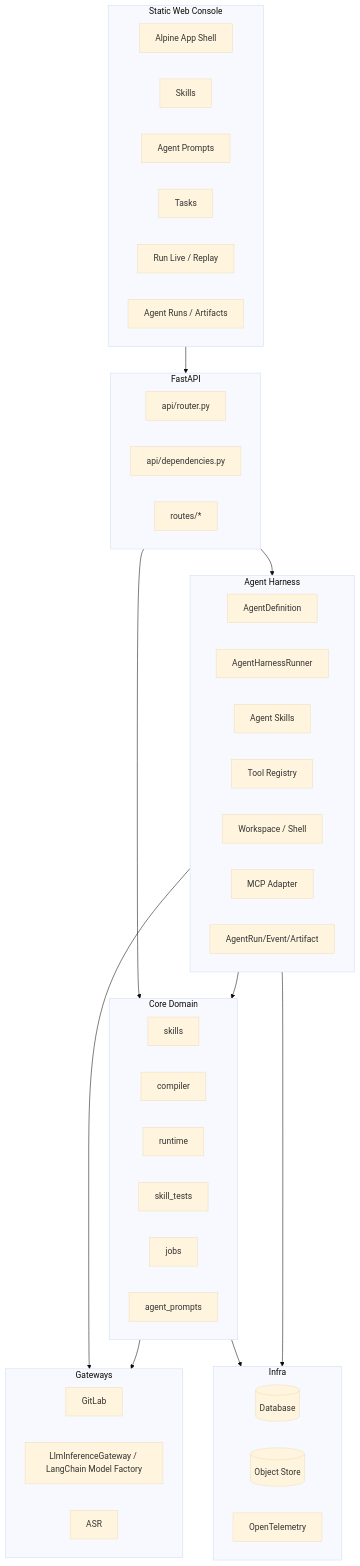
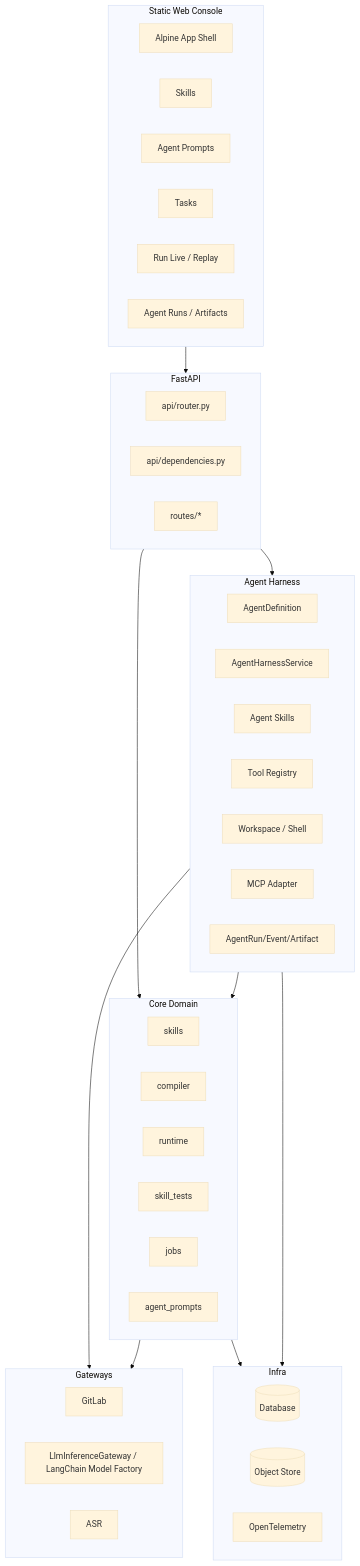
The diagram in docs/architecture/system-architecture.md (servforce/psop), drawn with Mermaid (base theme) before and after one commit. The commit also changed other lines of this file and 15 other files, not shown here.

Commit message:
Refine agent harness structure

````diff
--- a/docs/architecture/system-architecture.md
+++ b/docs/architecture/system-architecture.md
@@ -240,57 +240,57 @@
 ```mermaid
 flowchart TB
     subgraph UI[Static Web Console]
         Web[Alpine App Shell]
         SkillsUI[Skills]
         PromptsUI[Agent Prompts]
         TasksUI[Tasks]
         RunUI[Run Live / Replay]
         AgentUI[Agent Runs / Artifacts]
     end
 
     subgraph API[FastAPI]
         Router[api/router.py]
         Deps[api/dependencies.py]
         Routes[routes/*]
     end
 
     subgraph Harness[Agent Harness]
         Def[AgentDefinition]
-        AgentRunner[AgentHarnessRunner]
+        AgentService[AgentHarnessService]
         AgentSkills[Agent Skills]
         ToolRegistry[Tool Registry]
         Workspace[Workspace / Shell]
         Mcp[MCP Adapter]
         AgentFacts[AgentRun/Event/Artifact]
     end
 
     subgraph Domain[Core Domain]
         Skills[skills]
         Compiler[compiler]
         Runtime[runtime]
         Tests[skill_tests]
         Jobs[jobs]
         Prompts[agent_prompts]
     end
 
     subgraph Gateway[Gateways]
         GitLab[GitLab]
         LLM[LlmInferenceGateway / LangChain Model Factory]
         ASR[ASR]
     end
 
     subgraph Infra[Infra]
         DB[(Database)]
         S3[(Object Store)]
         OTel[OpenTelemetry]
     end
 
     UI --> API
     API --> Domain
     API --> Harness
     Harness --> Domain
     Harness --> Gateway
     Domain --> Gateway
     Domain --> Infra
     Harness --> Infra
 ```
````
